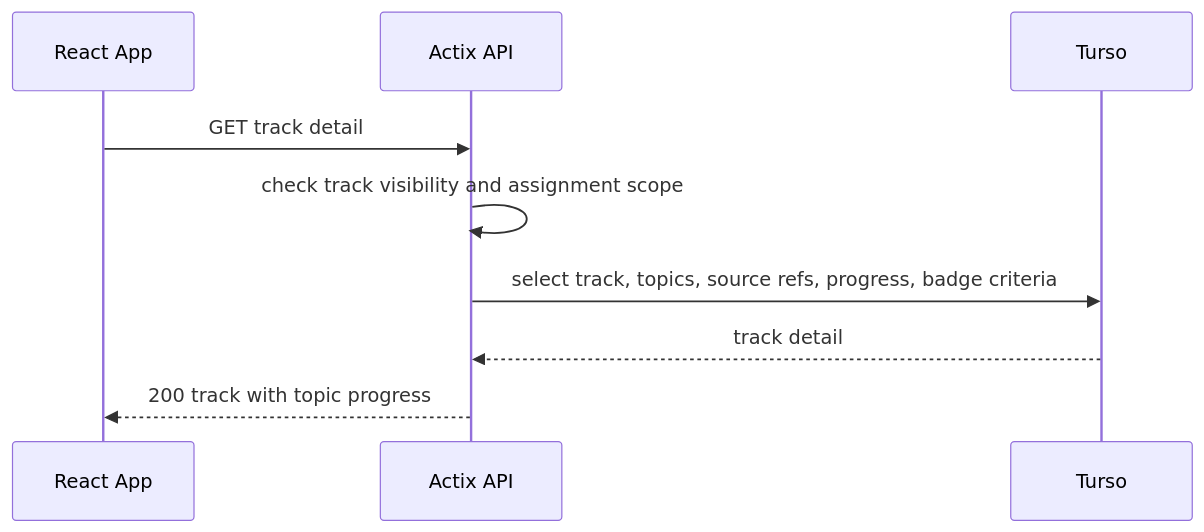
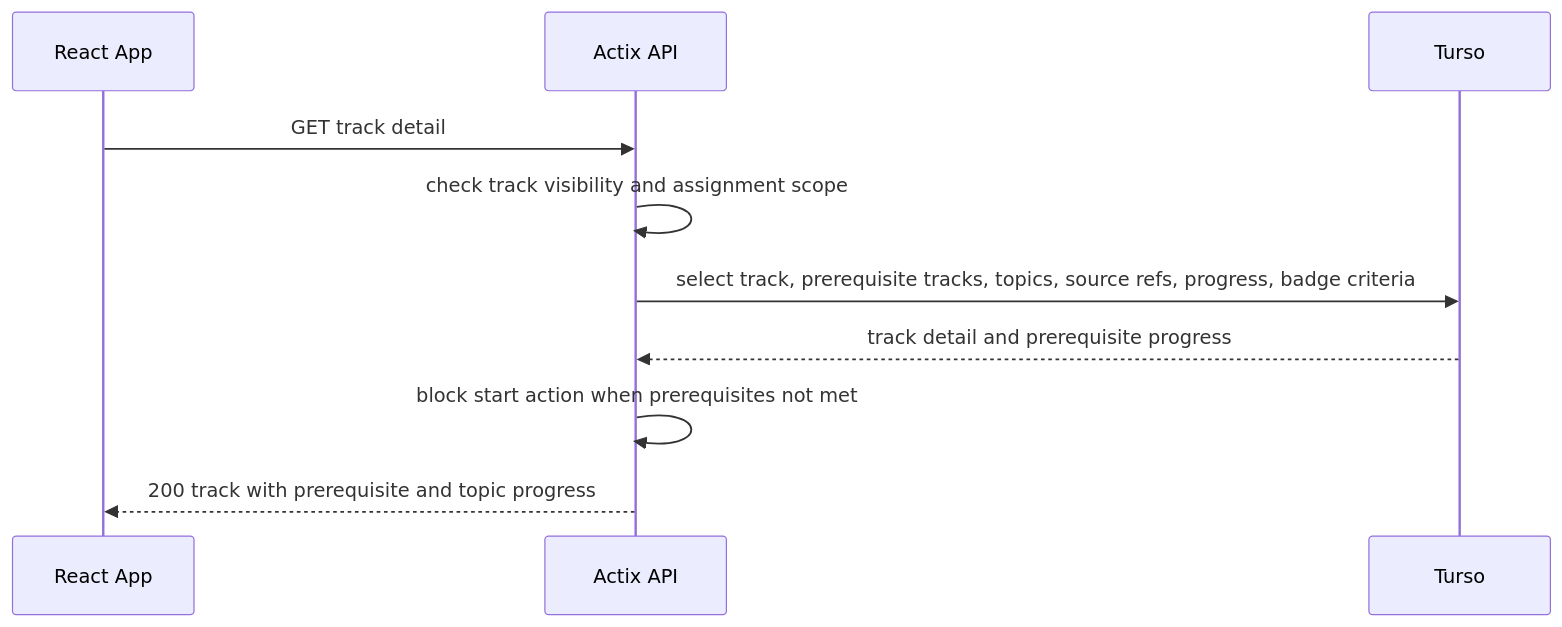
Diagram 22 of 24 in docs/dev/api-sequence-diagrams.md (CopimatorKung/Temp), drawn with Mermaid before and after one commit. The commit also changed other lines of this file and 20 other files, not shown here.

````diff
--- a/docs/dev/api-sequence-diagrams.md
+++ b/docs/dev/api-sequence-diagrams.md
@@ -409,12 +511,13 @@
 ```mermaid
 sequenceDiagram
     participant FE as React App
     participant API as Actix API
     participant DB as Turso
 
     FE->>API: GET track detail
     API->>API: check track visibility and assignment scope
-    API->>DB: select track, topics, source refs, progress, badge criteria
-    DB-->>API: track detail
-    API-->>FE: 200 track with topic progress
+    API->>DB: select track, prerequisite tracks, topics, source refs, progress, badge criteria
+    DB-->>API: track detail and prerequisite progress
+    API->>API: block start action when prerequisites not met
+    API-->>FE: 200 track with prerequisite and topic progress
 ```
````
